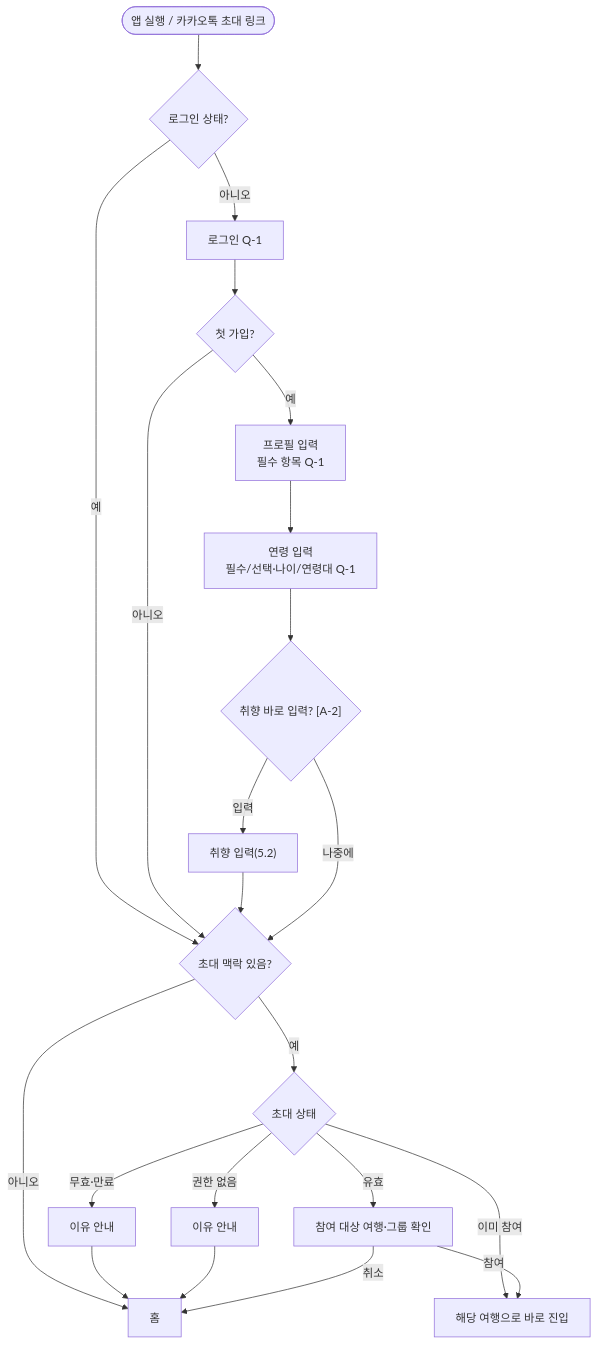
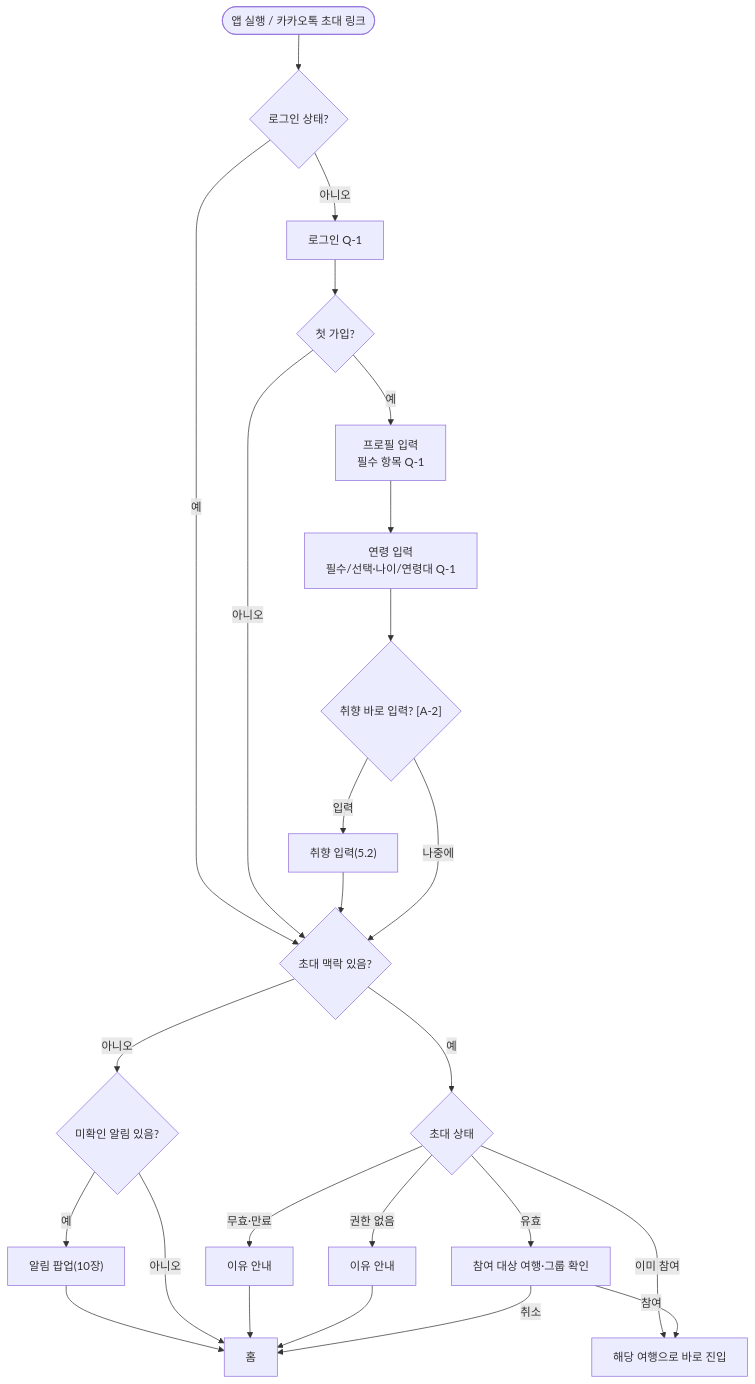
One commit to a204-eodilog/eodilog changed the third of 25 diagrams in docs/flow/user-flow.md. Above: the diagram before and after it, drawn with Mermaid. The commit also changed other lines of this file and 1 other file, not shown here.

````diff
--- a/docs/flow/user-flow.md
+++ b/docs/flow/user-flow.md
@@ -75,21 +80,23 @@
 ```mermaid
 flowchart TD
     S(["앱 실행 / 카카오톡 초대 링크"]) --> L{"로그인 상태?"}
     L -- "예" --> INV{"초대 맥락 있음?"}
     L -- "아니오" --> AUTH["로그인 Q-1"]
     AUTH --> NEW{"첫 가입?"}
     NEW -- "아니오" --> INV
     NEW -- "예" --> PROF["프로필 입력<br/>필수 항목 Q-1"]
     PROF --> AGE["연령 입력<br/>필수/선택·나이/연령대 Q-1"]
     AGE --> TASTE{"취향 바로 입력? [A-2]"}
     TASTE -- "입력" --> TI["취향 입력(5.2)"] --> INV
     TASTE -- "나중에" --> INV
-    INV -- "아니오" --> HOME["홈"]
+    INV -- "아니오" --> NOTI{"미확인 알림 있음?"}
+    NOTI -- "예" --> POP["알림 팝업(10장)"] --> HOME["홈"]
+    NOTI -- "아니오" --> HOME
     INV -- "예" --> CHK{"초대 상태"}
     CHK -- "무효·만료" --> E1["이유 안내"] --> HOME
     CHK -- "권한 없음" --> E2["이유 안내"] --> HOME
     CHK -- "이미 참여" --> TRIP["해당 여행으로 바로 진입"]
     CHK -- "유효" --> PRE["참여 대상 여행·그룹 확인"]
     PRE -- "참여" --> TRIP
     PRE -- "취소" --> HOME
 ```
````
